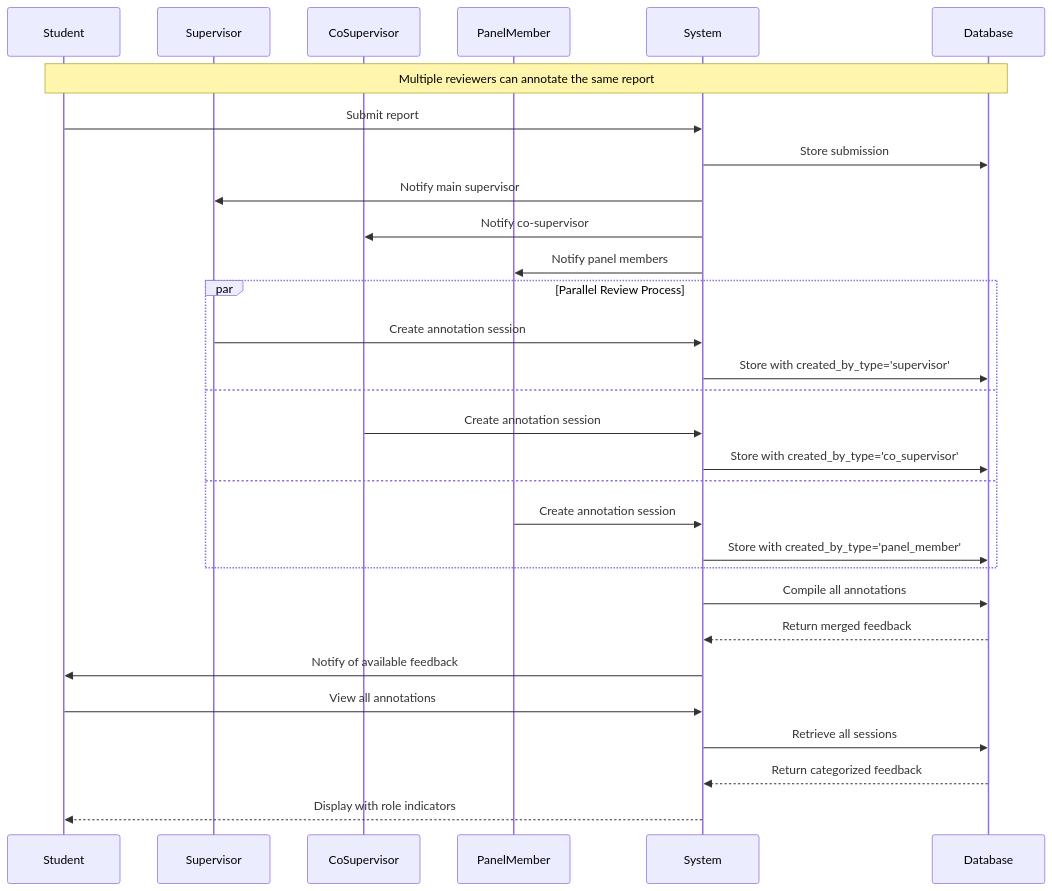
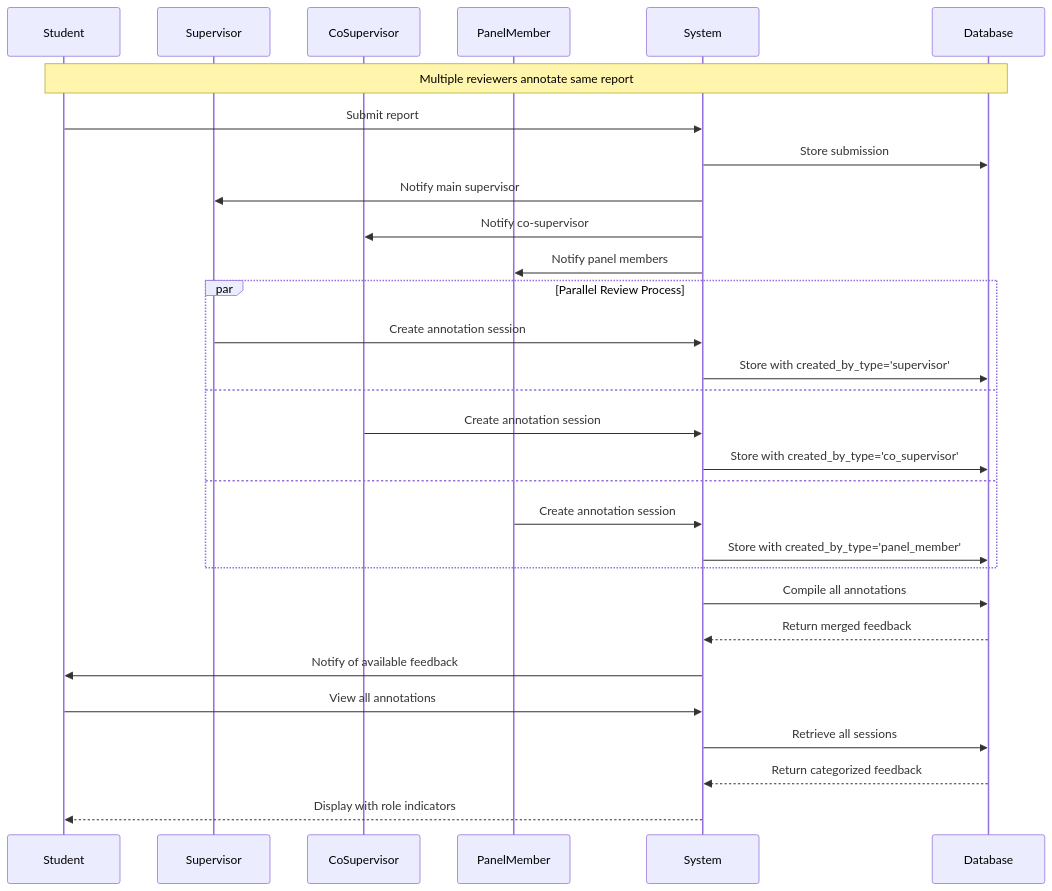
One commit to abdullah2323442/thesisrepo-backup changed diagram 37 of 42 in sequence.md. Above: the diagram before and after it, drawn with Mermaid. The commit also changed other lines of this file, not shown here.

````diff
--- a/sequence.md
+++ b/sequence.md
@@ -775,37 +1038,37 @@
 ```mermaid
 sequenceDiagram
     participant Student
     participant Supervisor
     participant CoSupervisor
     participant PanelMember
     participant System
     participant Database
 
-    Note over Student,Database: Multiple reviewers can annotate the same report
+    Note over Student,Database: Multiple reviewers annotate same report
     
     Student->>System: Submit report
     System->>Database: Store submission
     System->>Supervisor: Notify main supervisor
     System->>CoSupervisor: Notify co-supervisor
     System->>PanelMember: Notify panel members
     
     par Parallel Review Process
         Supervisor->>System: Create annotation session
         System->>Database: Store with created_by_type='supervisor'
     and
         CoSupervisor->>System: Create annotation session
         System->>Database: Store with created_by_type='co_supervisor'
     and
         PanelMember->>System: Create annotation session
         System->>Database: Store with created_by_type='panel_member'
     end
     
     System->>Database: Compile all annotations
     Database-->>System: Return merged feedback
     System->>Student: Notify of available feedback
     
     Student->>System: View all annotations
     System->>Database: Retrieve all sessions
     Database-->>System: Return categorized feedback
     System-->>Student: Display with role indicators
 ```
````
